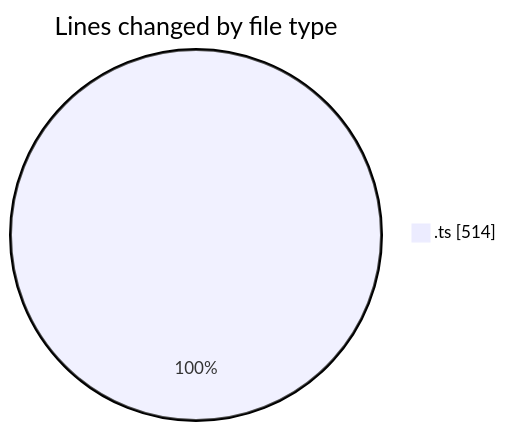
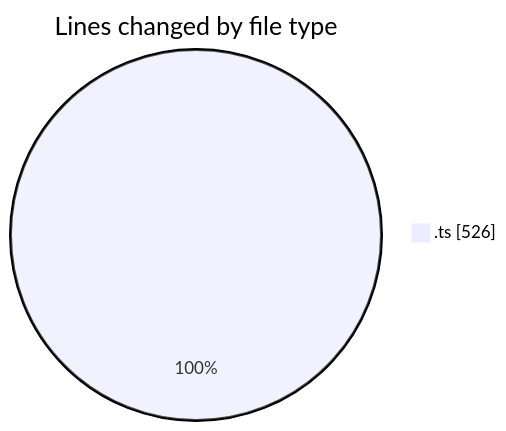
The first of 2 diagrams in 2025-08-01/cda/README.md (momahboobian/code-tracking), drawn with Mermaid before and after one commit. The commit also changed other lines of this file and 1 other file, not shown here.

````diff
--- a/2025-08-01/cda/README.md
+++ b/2025-08-01/cda/README.md
@@ -20,5 +20,5 @@
 ```mermaid
 pie showData
 title Lines changed by file type
-".ts" : 514
+".ts" : 526
 ```
````
